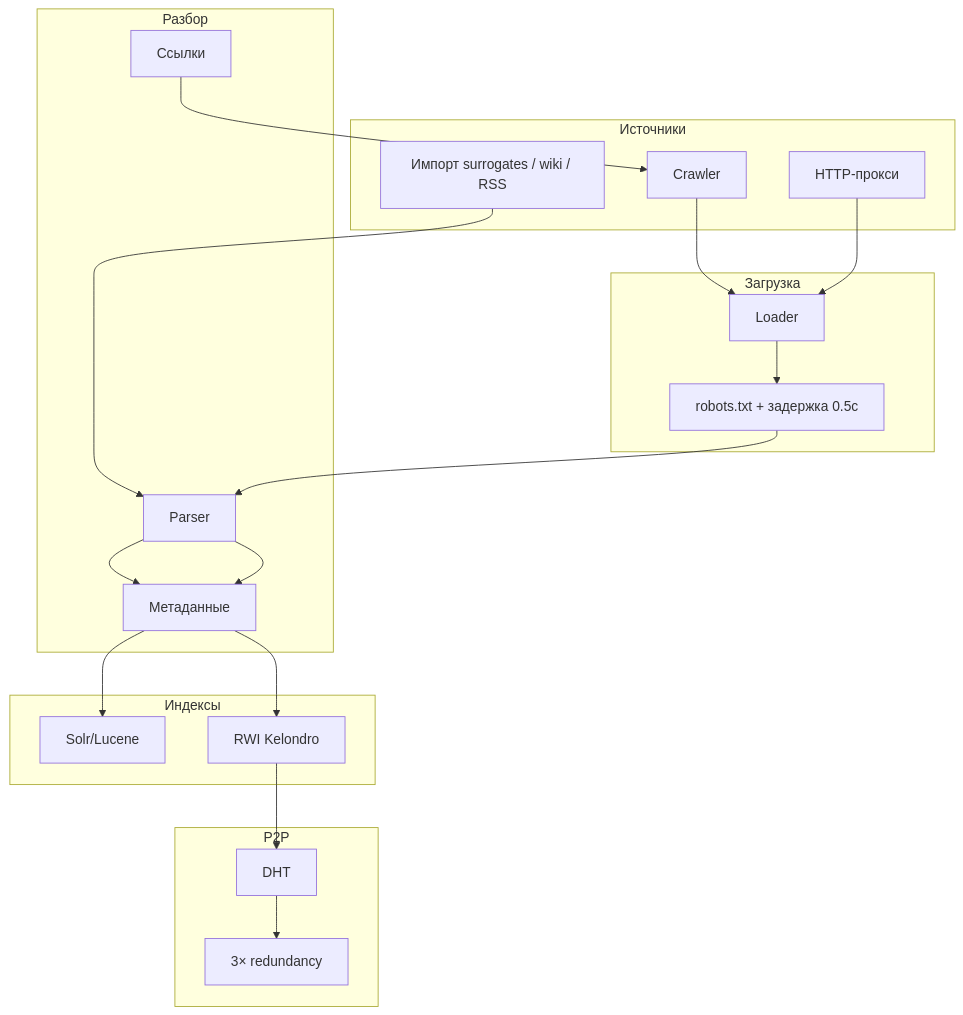
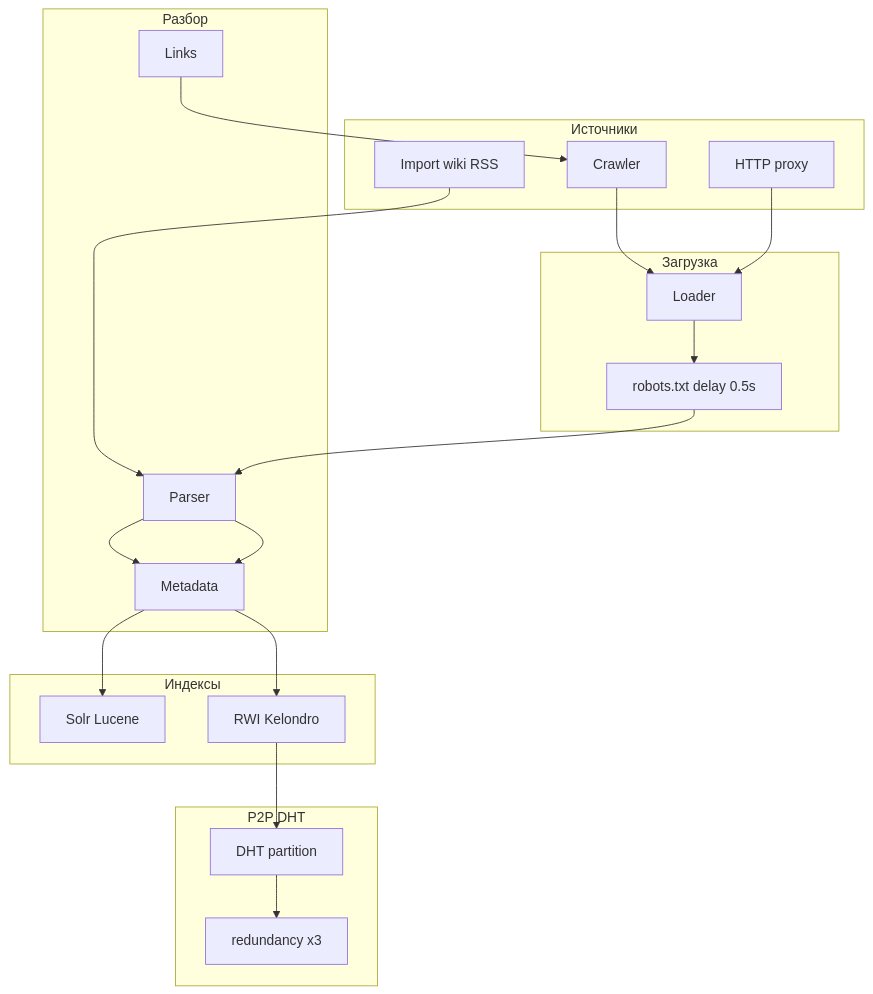
The fourth of 5 diagrams in _posts/2026-07-05-yacy-decentralized-search-engine-ru.md (evgeniy-borisov/vairl), drawn with Mermaid before and after one commit. The commit also changed other lines of this file and 4 other files, not shown here.

Commit message:
Подключить Mermaid на блоге и расширить разбор YaCy про DHT, RWI и P2P.

````diff
--- a/_posts/2026-07-05-yacy-decentralized-search-engine-ru.md
+++ b/_posts/2026-07-05-yacy-decentralized-search-engine-ru.md
@@ -103,38 +295,38 @@
 ```mermaid
 flowchart TB
     subgraph sources [Источники]
         CR[Crawler]
-        PX[HTTP-прокси]
-        IMP[Импорт surrogates / wiki / RSS]
+        PX[HTTP proxy]
+        IMP[Import wiki RSS]
     end
 
     subgraph fetch [Загрузка]
         LD[Loader]
-        RT[robots.txt + задержка 0.5с]
+        RT[robots.txt delay 0.5s]
     end
 
     subgraph parse [Разбор]
         PR[Parser]
-        MD[Метаданные]
-        LN[Ссылки]
+        MD[Metadata]
+        LN[Links]
     end
 
     subgraph index [Индексы]
-        SOLR[Solr/Lucene]
+        SOLR[Solr Lucene]
         RWI[RWI Kelondro]
     end
 
-    subgraph p2p [P2P]
-        DHT[DHT]
-        TX[3× redundancy]
+    subgraph p2p [P2P DHT]
+        DHT[DHT partition]
+        TX[redundancy x3]
     end
 
     CR --> LD
     PX --> LD
     IMP --> PR
     LD --> RT --> PR
     PR --> MD --> SOLR
     PR --> MD --> RWI
     RWI --> DHT --> TX
     LN --> CR
 ```
````
